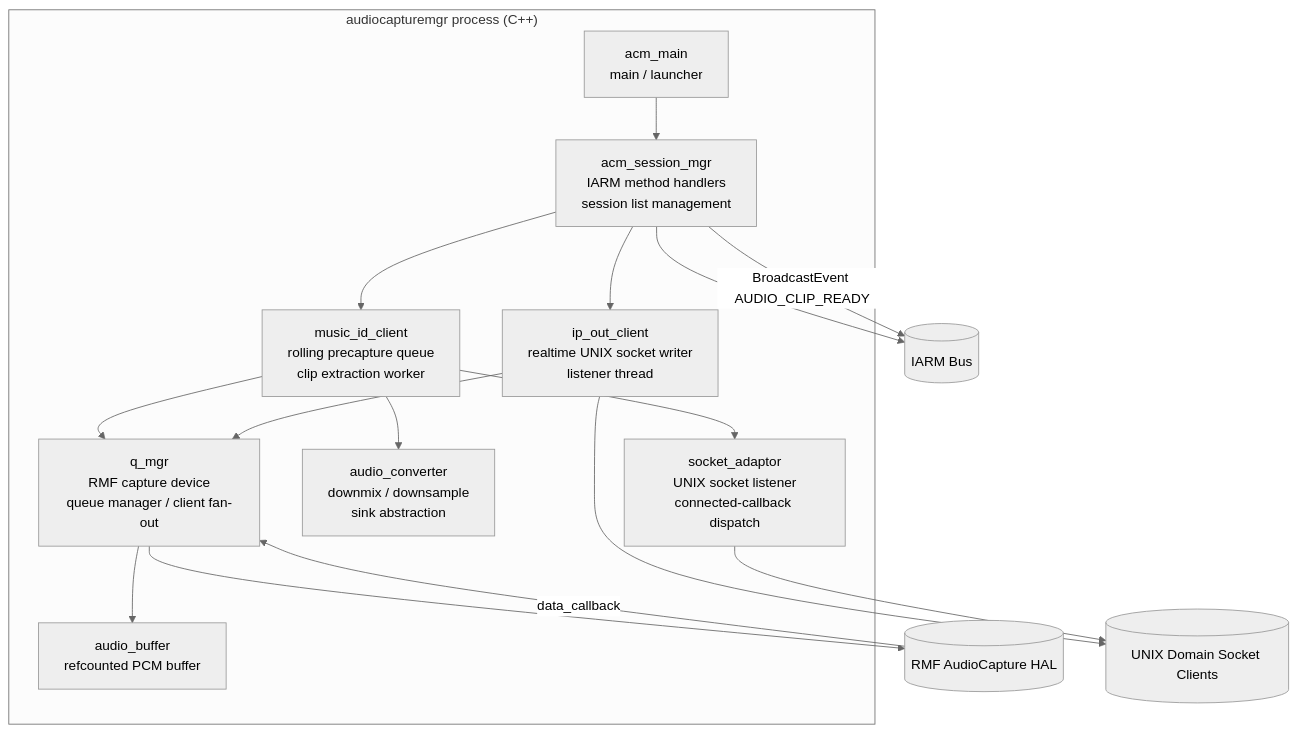
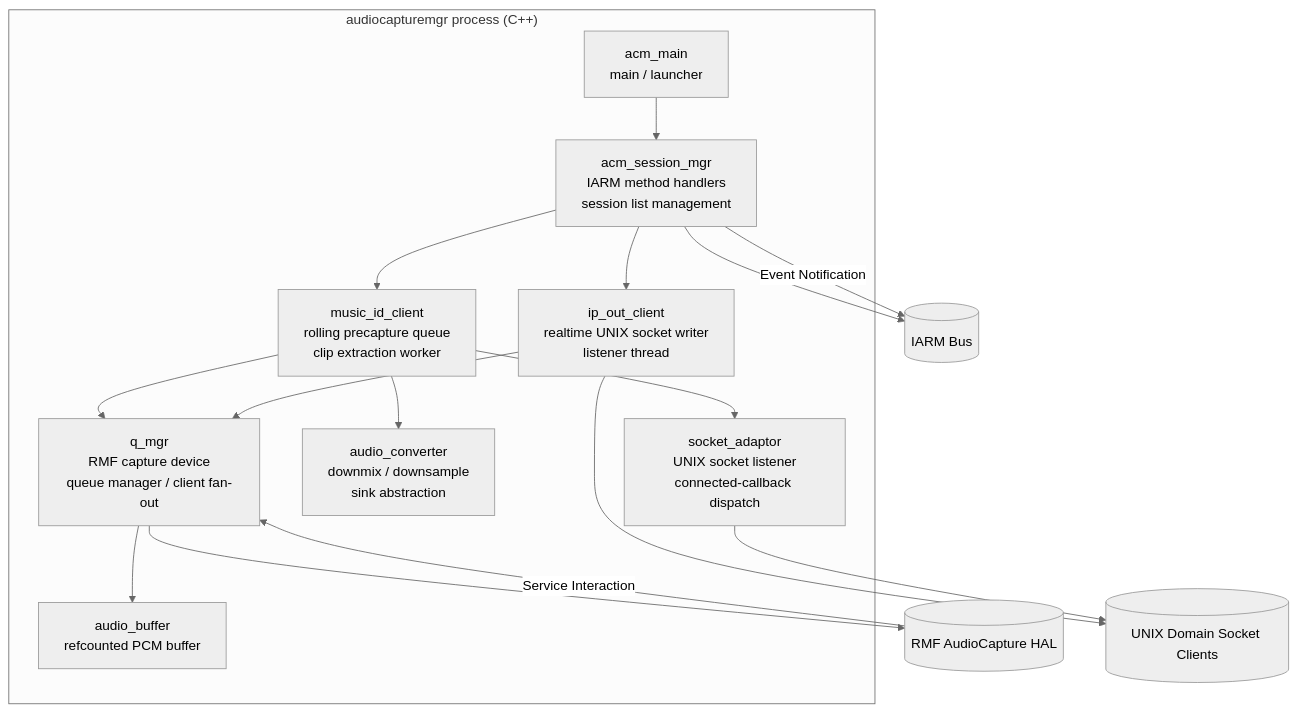
One commit to rns21/RDK_Documentation changed the second of 7 diagrams in docs/docu/RDKV-Documentations/audiocapturemgr.md. Above: the diagram before and after it, drawn with Mermaid (neutral theme). The commit also changed other lines of this file, not shown here.

First line of the commit message:
Revise flowchart and references in audiocapturemgr.md

````diff
--- a/docs/docu/RDKV-Documentations/audiocapturemgr.md
+++ b/docs/docu/RDKV-Documentations/audiocapturemgr.md
@@ -58,33 +60,33 @@
 ```mermaid
 graph TD
 
 subgraph Proc["audiocapturemgr process (C++)"]
     Main["acm_main\nmain / launcher"]
     SessionMgr["acm_session_mgr\nIARM method handlers\nsession list management"]
     QMgr["q_mgr\nRMF capture device\nqueue manager / client fan-out"]
     MID["music_id_client\nrolling precapture queue\nclip extraction worker"]
     IPO["ip_out_client\nrealtime UNIX socket writer\nlistener thread"]
     Conv["audio_converter\ndownmix / downsample\nsink abstraction"]
     Sock["socket_adaptor\nUNIX socket listener\nconnected-callback dispatch"]
     Buf["audio_buffer\nrefcounted PCM buffer"]
 end
 
 IARMBus[("IARM Bus")]
 RMFHAL[("RMF AudioCapture HAL")]
 UDSClients[("UNIX Domain Socket Clients")]
 
 Main --> SessionMgr
 SessionMgr --> IARMBus
 SessionMgr --> MID
 SessionMgr --> IPO
 QMgr --> RMFHAL
-RMFHAL -->|data_callback| QMgr
+RMFHAL -->|Service Interaction| QMgr
 QMgr --> Buf
 MID --> QMgr
 MID --> Conv
 MID --> Sock
 IPO --> QMgr
 IPO --> UDSClients
 Sock --> UDSClients
-SessionMgr -->|BroadcastEvent AUDIO_CLIP_READY| IARMBus
+SessionMgr -->|Event Notification| IARMBus
 ```
````
